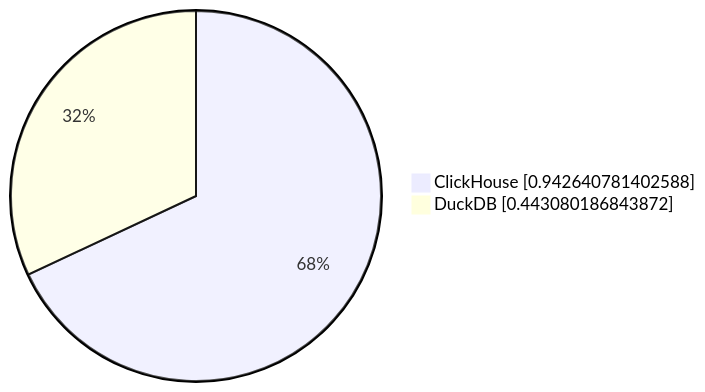
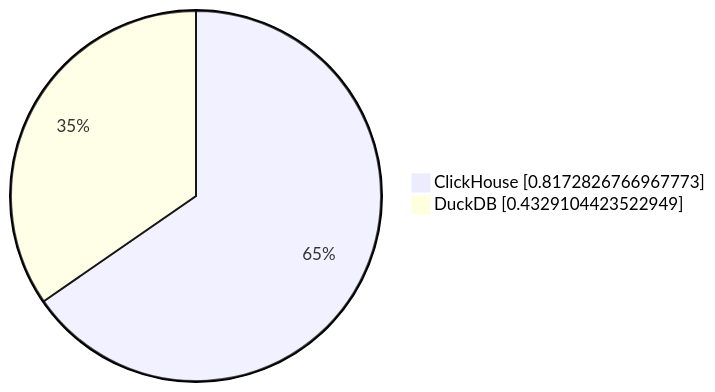
Diagram 12 of 19 in parquet/performance/results/hits/23.11.1.2711-alpine/README.md (Altinity/clickhouse-regression), drawn with Mermaid before and after one commit. The commit also changed other lines of this file and 8 other files, not shown here.

````diff
--- a/parquet/performance/results/hits/23.11.1.2711-alpine/README.md
+++ b/parquet/performance/results/hits/23.11.1.2711-alpine/README.md
@@ -120,5 +120,5 @@
 ```mermaid
      pie showData
-         "ClickHouse" : 0.942640781402588
-         "DuckDB" : 0.443080186843872
+         "ClickHouse" : 0.8172826766967773
+         "DuckDB" : 0.4329104423522949
 ```
````
